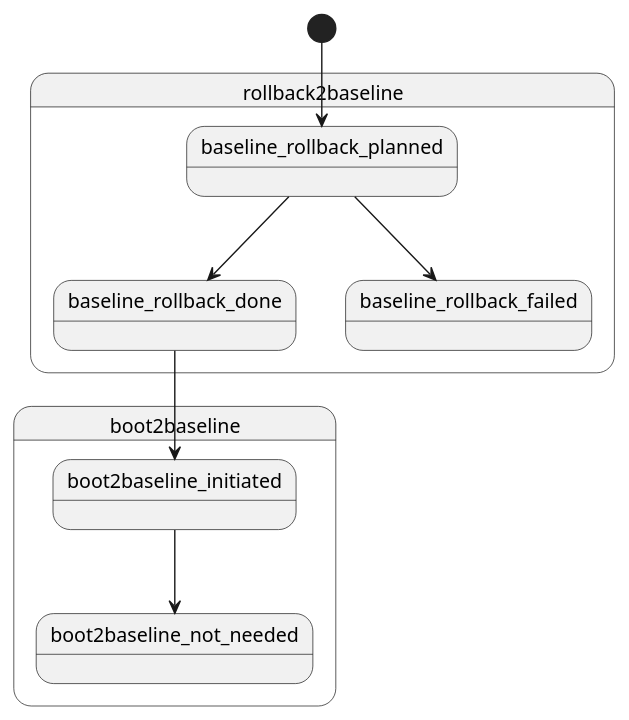
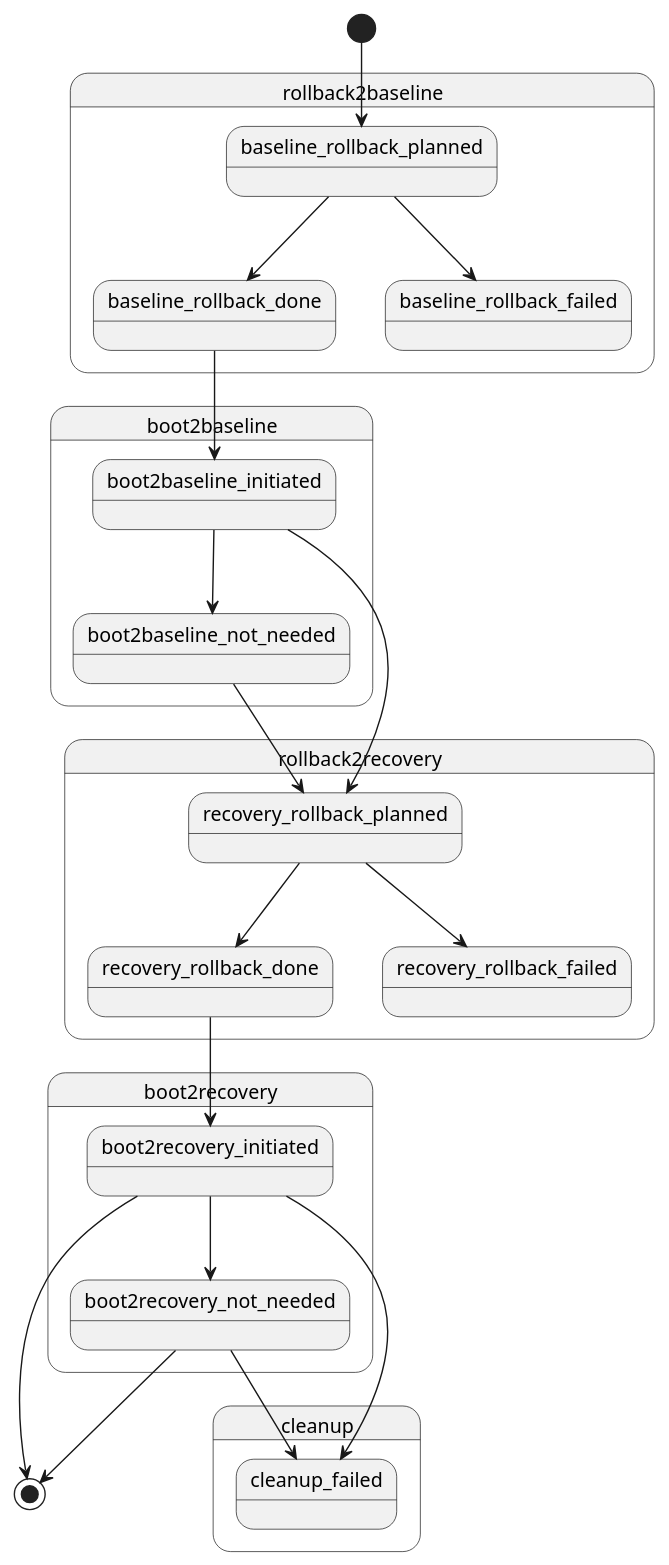
Before and after one commit to scmschmidt/simple_deployment: the diagram in modules/simple_baremetal/state-diagramm.plantuml, drawn with PlantUML. The commit also changed 20 other files, not shown here.

```diff
--- a/modules/simple_baremetal/state-diagramm.plantuml
+++ b/modules/simple_baremetal/state-diagramm.plantuml
@@ -1,15 +1,34 @@
 @startuml
 state rollback2baseline.baseline_rollback_planned
 state rollback2baseline.baseline_rollback_done
 state rollback2baseline.baseline_rollback_failed
 state boot2baseline.boot2baseline_not_needed
 state boot2baseline.boot2baseline_initiated
+state rollback2recovery.recovery_rollback_planned
+state rollback2recovery.recovery_rollback_done
+state rollback2recovery.recovery_rollback_failed
+state boot2recovery.boot2recovery_not_needed
+state boot2recovery.boot2recovery_initiated
+state cleanup.cleanup_failed
 
 [*] --> baseline_rollback_planned
 baseline_rollback_planned --> baseline_rollback_done
 baseline_rollback_planned --> baseline_rollback_failed
 
 baseline_rollback_done --> boot2baseline_initiated
 boot2baseline_initiated --> boot2baseline_not_needed
 
+boot2baseline_initiated --> recovery_rollback_planned
+boot2baseline_not_needed --> recovery_rollback_planned
+recovery_rollback_planned --> recovery_rollback_done
+recovery_rollback_planned --> recovery_rollback_failed
+
+recovery_rollback_done --> boot2recovery_initiated
+boot2recovery_initiated --> boot2recovery_not_needed
+
+boot2recovery_not_needed --> cleanup_failed
+boot2recovery_initiated --> cleanup_failed
+boot2recovery_not_needed --> [*]
+boot2recovery_initiated --> [*]
+
 @enduml
```
